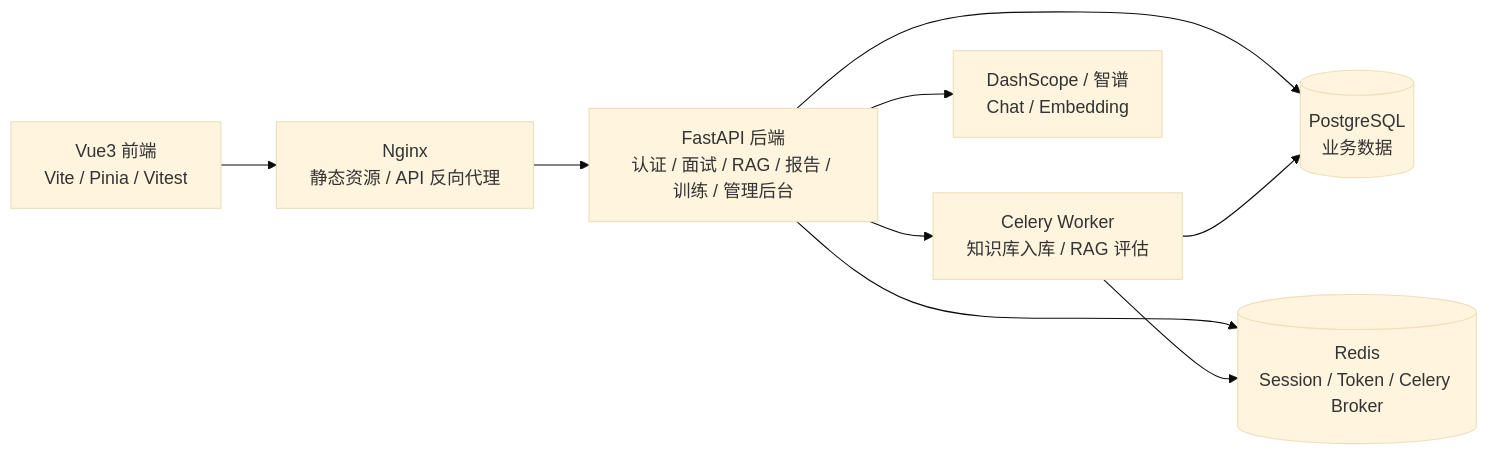
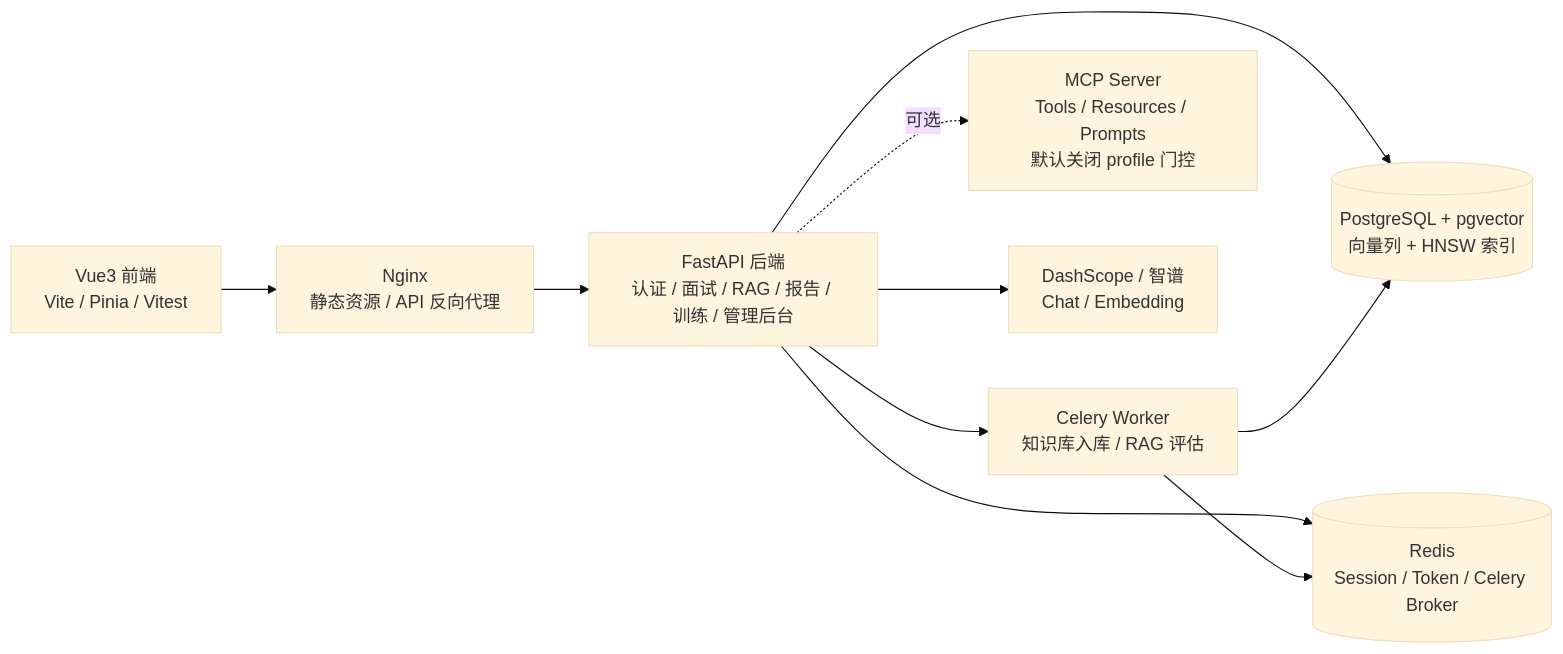
One commit to davidluulc/ai-interview changed the second of 2 diagrams in README.md. Above: the diagram before and after it, drawn with Mermaid (base theme). The commit also changed other lines of this file, not shown here.

Commit message:
docs: rewrite readme for v3 architecture and fix baseline test

````diff
--- a/README.md
+++ b/README.md
@@ -49,11 +49,12 @@
 ```mermaid
 flowchart LR
   Browser[Vue3 前端<br/>Vite / Pinia / Vitest] --> Nginx[Nginx<br/>静态资源 / API 反向代理]
   Nginx --> API[FastAPI 后端<br/>认证 / 面试 / RAG / 报告 / 训练 / 管理后台]
-  API --> PG[(PostgreSQL<br/>业务数据)]
+  API --> PG[(PostgreSQL + pgvector<br/>向量列 + HNSW 索引)]
   API --> Redis[(Redis<br/>Session / Token / Celery Broker)]
   API --> Worker[Celery Worker<br/>知识库入库 / RAG 评估]
   Worker --> PG
   Worker --> Redis
+  API -.可选.-> MCP[MCP Server<br/>Tools / Resources / Prompts<br/>默认关闭 profile 门控]
   API --> LLM[DashScope / 智谱<br/>Chat / Embedding]
 ```
````
